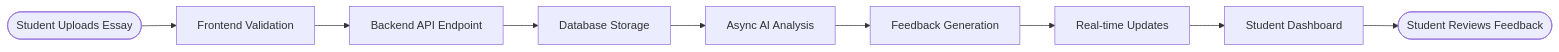
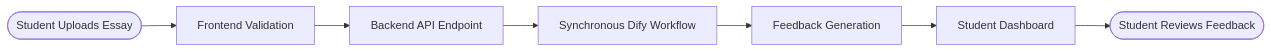
The second of 11 diagrams in docs/architecture/system-architecture.md (Eryc123Y/EssayCoach), drawn with Mermaid before and after one commit. The commit also changed other lines of this file and 60 other files, not shown here.

Commit message:
feat: Implement Essay Analysis submission page with Dify integration

````diff
--- a/docs/architecture/system-architecture.md
+++ b/docs/architecture/system-architecture.md
@@ -60,11 +60,9 @@
 ```mermaid
 flowchart LR
     Start([Student Uploads Essay]) --> Validation[Frontend Validation]
     Validation --> API[Backend API Endpoint]
-    API --> Storage[Database Storage]
-    Storage --> Async[Async AI Analysis]
-    Async --> Generation[Feedback Generation]
-    Generation --> Updates[Real-time Updates]
-    Updates --> Dashboard[Student Dashboard]
+    API --> Dify[Synchronous Dify Workflow]
+    Dify --> Generation[Feedback Generation]
+    Generation --> Dashboard[Student Dashboard]
     Dashboard --> Review([Student Reviews Feedback])
 ```
````
